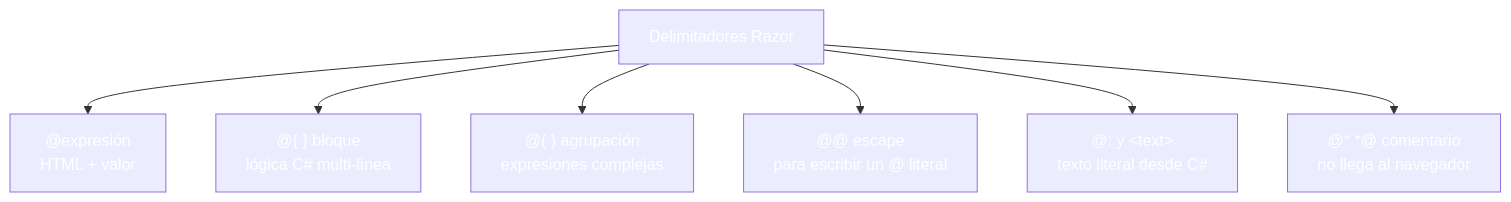
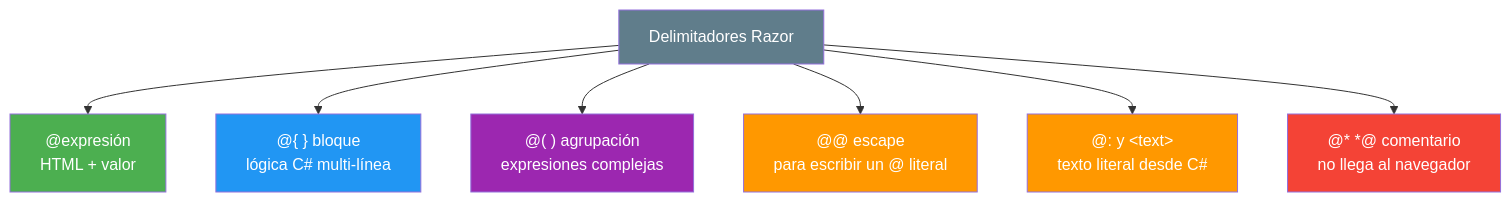
Before and after one commit to joseluisgs/DesarrolloWebEntornosServidor-03-2026-2027: the fifth of 7 diagrams in 01-razor-fundamentos.md, drawn with Mermaid. The commit also changed other lines of this file and 25 other files, not shown here.

Commit message:
docs: corregir los estilos Mermaid de los temas y alinear el dominio del tema 25 con ProductosApp

````diff
--- a/01-razor-fundamentos.md
+++ b/01-razor-fundamentos.md
@@ -279,17 +279,17 @@
 ```mermaid
 graph TD
     A["Delimitadores Razor"] --> B["@expresión<br/>HTML + valor"]
     A --> C["@{ } bloque<br/>lógica C# multi-línea"]
     A --> D["@( ) agrupación<br/>expresiones complejas"]
     A --> E["@@ escape<br/>para escribir un @ literal"]
     A --> F["@: y &lt;text&gt;<br/>texto literal desde C#"]
     A --> G["@* *@ comentario<br/>no llega al navegador"]
 
-    style A fill:#607D8,color:#fffB,color:#fff
-    style B fill:#4CAF5,color:#fff0,color:#fff
-    style C fill:#2196F,color:#fff3,color:#fff
-    style D fill:#9C27B,color:#fff0,color:#fff
-    style E fill:#FF980,color:#fff0,color:#fff
-    style F fill:#FF980,color:#fff0,color:#fff
-    style G fill:#f4433,color:#fff6,color:#fff
+    style A fill:#607D8B,color:#fff
+    style B fill:#4CAF50,color:#fff
+    style C fill:#2196F3,color:#fff
+    style D fill:#9C27B0,color:#fff
+    style E fill:#FF9800,color:#fff
+    style F fill:#FF9800,color:#fff
+    style G fill:#f44336,color:#fff
 ```
````
